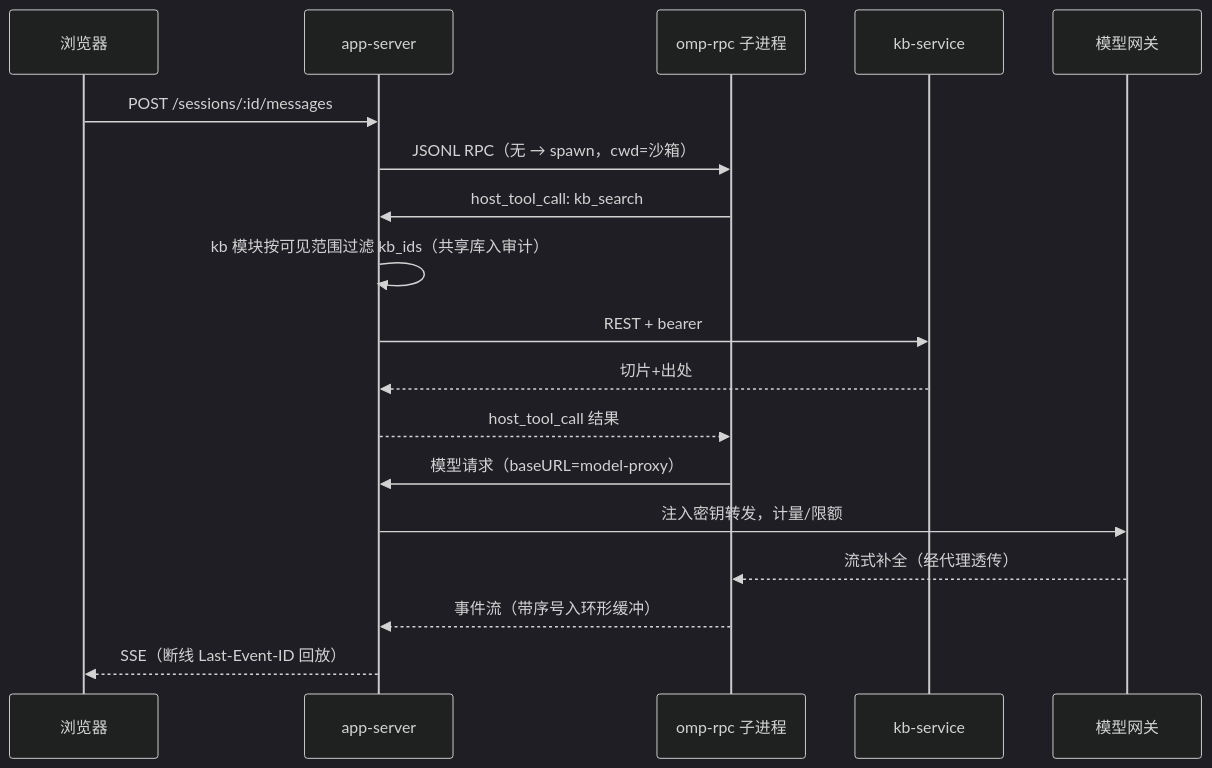
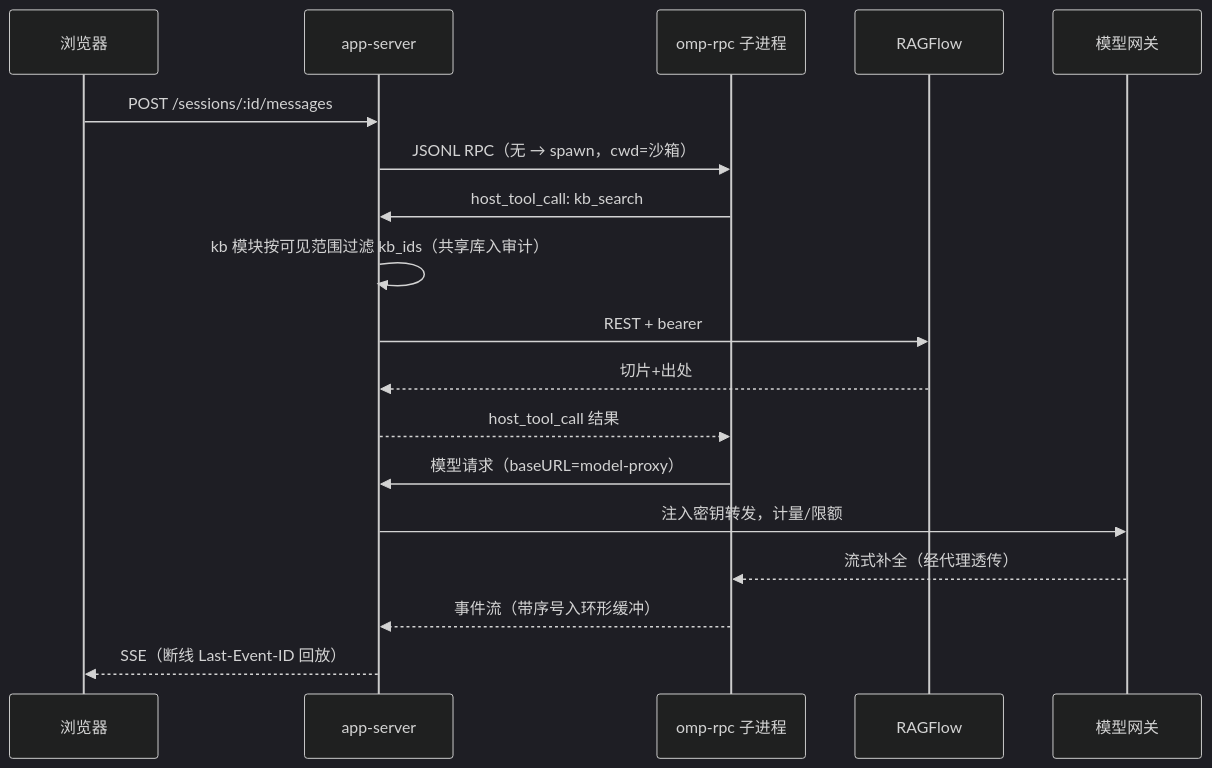
The second of 2 diagrams in docs/architecture/system.md (DankerMu/open-wb), drawn with Mermaid (dark theme) before and after one commit. The commit also changed other lines of this file and 11 other files, not shown here.

````diff
--- a/docs/architecture/system.md
+++ b/docs/architecture/system.md
@@ -147,20 +142,20 @@
 ```mermaid
 sequenceDiagram
     participant B as 浏览器
     participant S as app-server
     participant O as omp-rpc 子进程
-    participant K as kb-service
+    participant K as RAGFlow
     participant G as 模型网关
     B->>S: POST /sessions/:id/messages
     S->>O: JSONL RPC（无 → spawn，cwd=沙箱）
     O->>S: host_tool_call: kb_search
     S->>S: kb 模块按可见范围过滤 kb_ids（共享库入审计）
     S->>K: REST + bearer
     K-->>S: 切片+出处
     S-->>O: host_tool_call 结果
     O->>S: 模型请求（baseURL=model-proxy）
     S->>G: 注入密钥转发，计量/限额
     G-->>O: 流式补全（经代理透传）
     O-->>S: 事件流（带序号入环形缓冲）
     S-->>B: SSE（断线 Last-Event-ID 回放）
 ```
````
